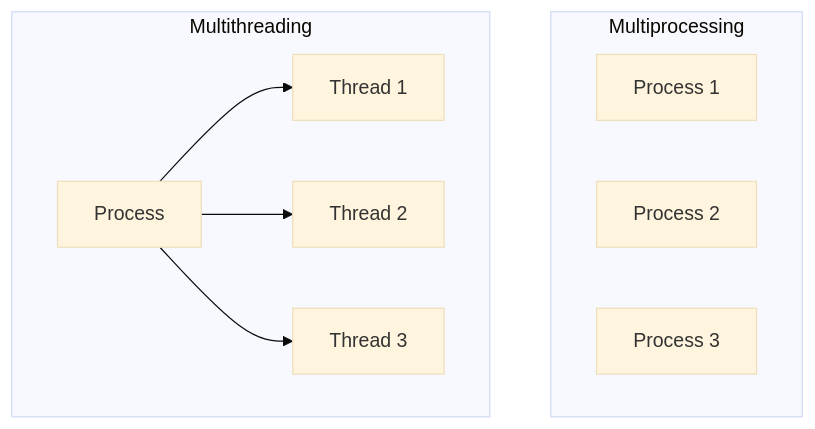
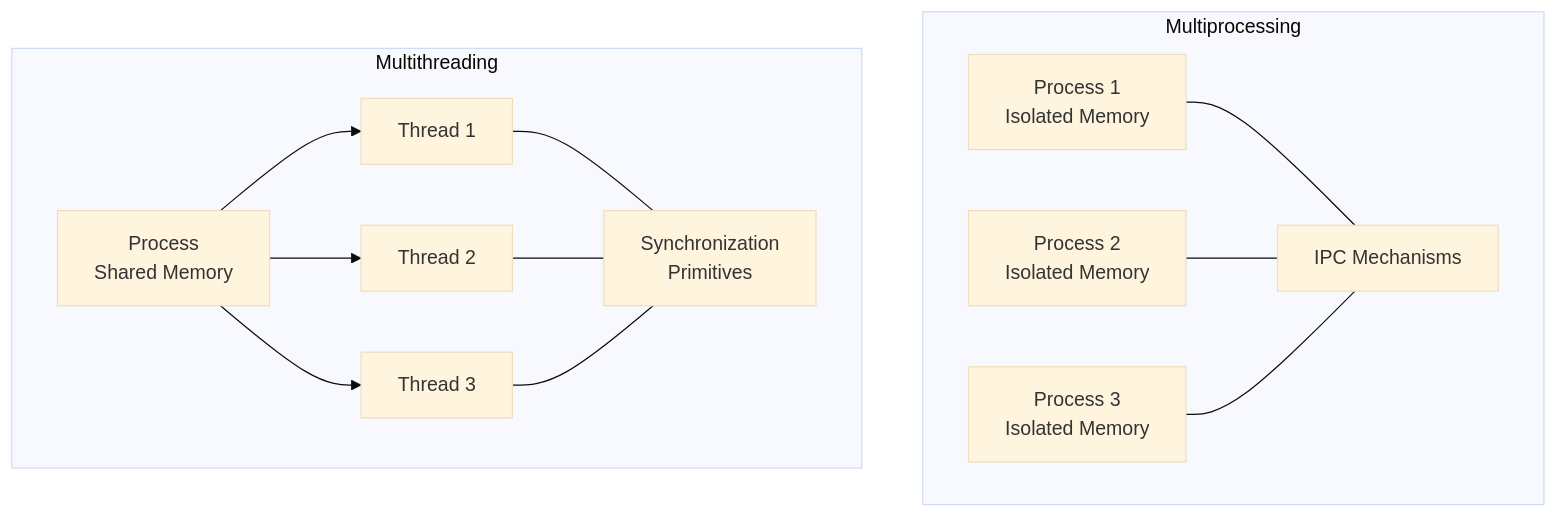
Before and after one commit to Asim-Shah-2004/Distributed_Computing: the third of 8 diagrams in README.md, drawn with Mermaid (base theme). The commit also changed other lines of this file, not shown here.

````diff
--- a/README.md
+++ b/README.md
@@ -39,14 +108,22 @@
 ```mermaid
 graph TB
     subgraph "Multiprocessing"
-    Process1[Process 1] 
-    Process2[Process 2]
-    Process3[Process 3]
+    Process1[Process 1<br>Isolated Memory] 
+    Process2[Process 2<br>Isolated Memory]
+    Process3[Process 3<br>Isolated Memory]
+    IPC[IPC Mechanisms]
+    Process1 --- IPC
+    Process2 --- IPC
+    Process3 --- IPC
     end
     
     subgraph "Multithreading"
-    Process[Process] --> Thread1[Thread 1]
+    Process[Process<br>Shared Memory]
+    Process --> Thread1[Thread 1]
     Process --> Thread2[Thread 2]
     Process --> Thread3[Thread 3]
+    Thread1 --- Sync[Synchronization<br>Primitives]
+    Thread2 --- Sync
+    Thread3 --- Sync
     end
 ```
````
